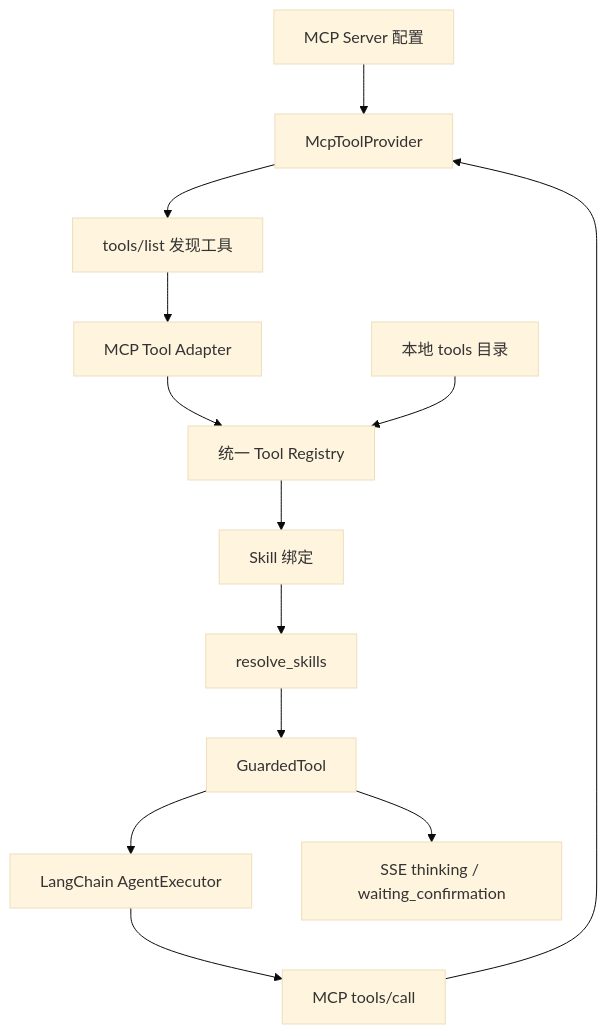
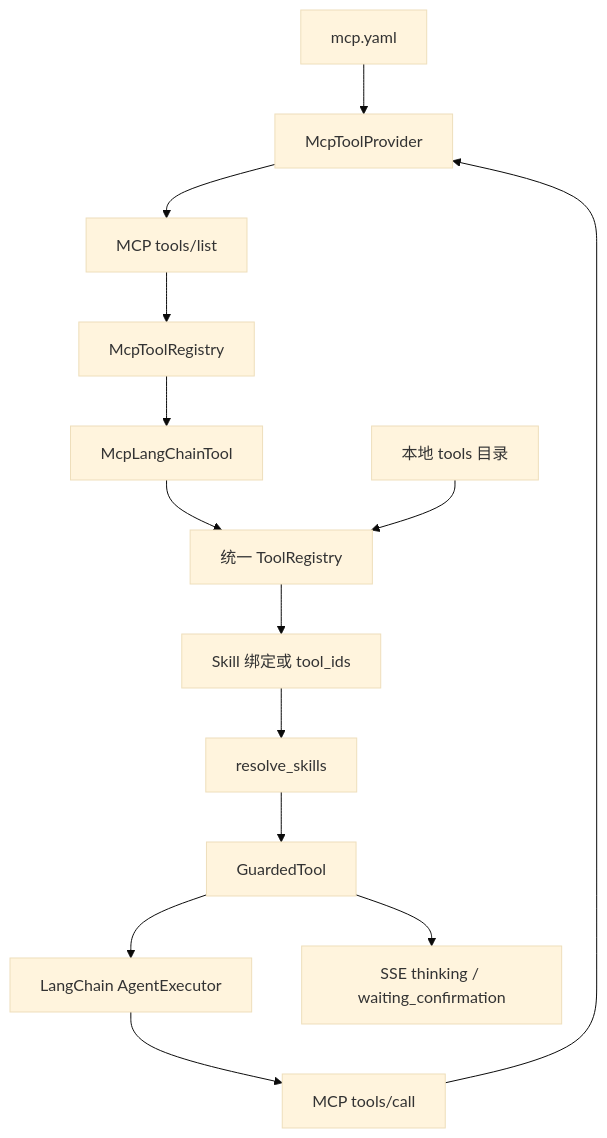
Before and after one commit to STliuEN/Doki-Assistant: the diagram in docs/mcp_integration_plan.md, drawn with Mermaid (base theme). The commit also changed other lines of this file and 5 other files, not shown here.

````diff
--- a/docs/mcp_integration_plan.md
+++ b/docs/mcp_integration_plan.md
@@ -62,17 +27,18 @@
 ```mermaid
 flowchart TD
-  Config[MCP Server 配置] --> Provider[McpToolProvider]
-  Provider --> Discover[tools/list 发现工具]
-  Discover --> Adapter[MCP Tool Adapter]
-  Adapter --> Registry[统一 Tool Registry]
+  Config[mcp.yaml] --> Provider[McpToolProvider]
+  Provider --> Discover[MCP tools/list]
+  Discover --> Registry[McpToolRegistry]
+  Registry --> Adapter[McpLangChainTool]
+  Adapter --> ToolRegistry[统一 ToolRegistry]
 
-  Local[本地 tools 目录] --> Registry
-  Registry --> Skill[Skill 绑定]
+  Local[本地 tools 目录] --> ToolRegistry
+  ToolRegistry --> Skill[Skill 绑定或 tool_ids]
   Skill --> Resolve[resolve_skills]
   Resolve --> Guard[GuardedTool]
   Guard --> Agent[LangChain AgentExecutor]
-  Agent --> MCPCall[MCP tools/call]
-  MCPCall --> Provider
+  Agent --> Call[MCP tools/call]
+  Call --> Provider
 
   Guard --> Events[SSE thinking / waiting_confirmation]
 ```
````
